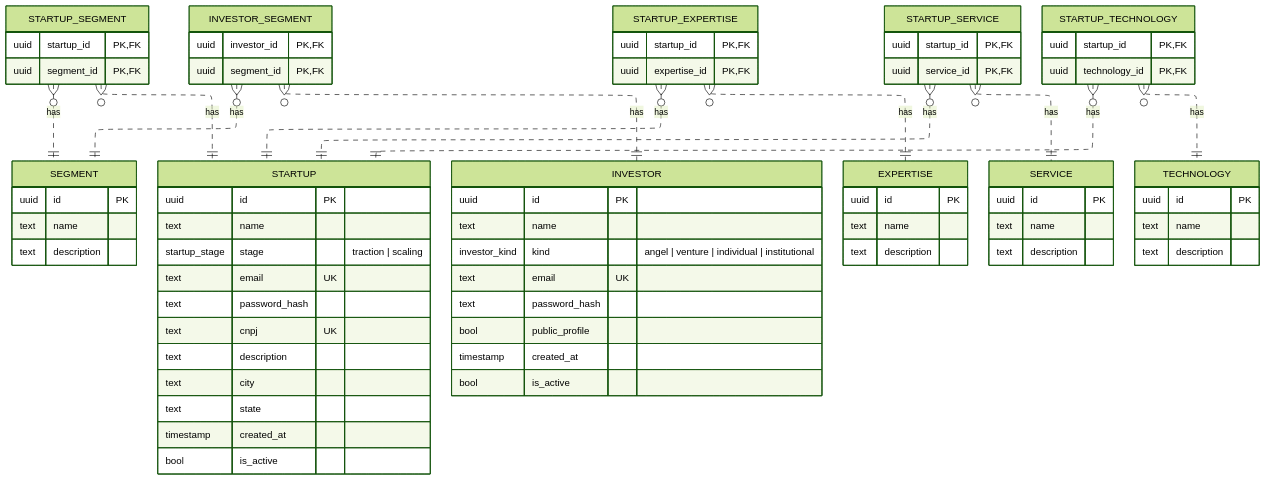
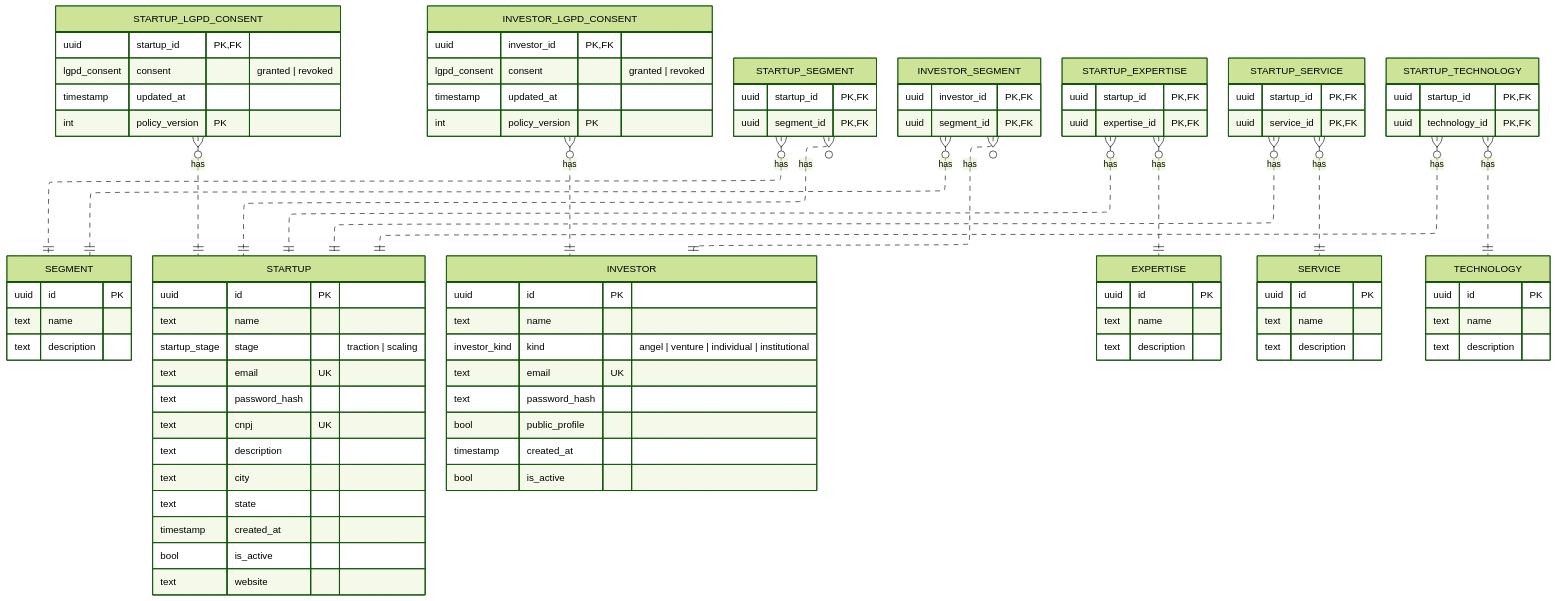
One commit to gislanysa/RecinTech changed the diagram in backend/README.md. Above: the diagram before and after it, drawn with Mermaid (forest theme).

Commit message:
docs(readme): add "investor_lgpd_consent" and "startup_lgpd_consent" tables to the diagram

```diff
--- a/backend/README.md
+++ b/backend/README.md
@@ -61,6 +61,15 @@
     text state
     timestamp created_at
     bool is_active
+    text website
+  }
+
+  STARTUP_LGPD_CONSENT }o..|| STARTUP : has
+  STARTUP_LGPD_CONSENT {
+    uuid startup_id PK, FK
+    lgpd_consent consent "granted | revoked"
+    timestamp updated_at
+    int policy_version PK
   }
 
   INVESTOR {
@@ -72,6 +81,14 @@
     bool public_profile
     timestamp created_at
     bool is_active
+  }
+
+  INVESTOR_LGPD_CONSENT }o..|| INVESTOR : has
+  INVESTOR_LGPD_CONSENT {
+    uuid investor_id PK, FK
+    lgpd_consent consent "granted | revoked"
+    timestamp updated_at
+    int policy_version PK
   }
 
   STARTUP_SEGMENT }o..|| STARTUP : has
```
